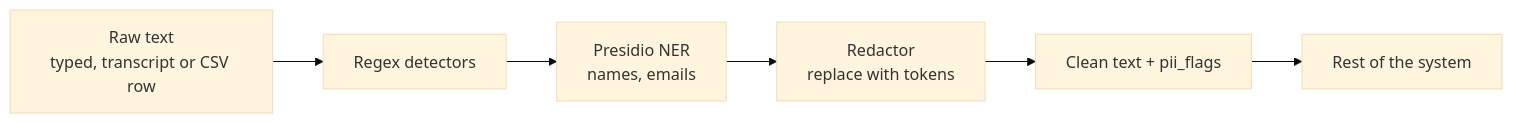
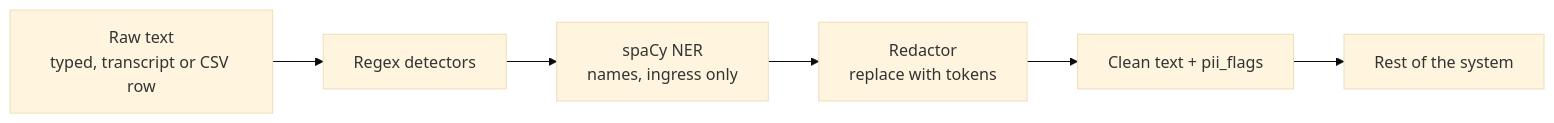
Before and after one commit to ShaguftaMethwani/support-desk: the fourth of 13 diagrams in docs/architecture.md, drawn with Mermaid (base theme). The commit also changed other lines of this file and 38 other files, not shown here.

````diff
--- a/docs/architecture.md
+++ b/docs/architecture.md
@@ -230,8 +230,8 @@
 ```mermaid
 flowchart LR
     IN[Raw text<br/>typed, transcript or CSV row] --> RX[Regex detectors]
-    RX --> PRE[Presidio NER<br/>names, emails]
+    RX --> PRE[spaCy NER<br/>names, ingress only]
     PRE --> RED[Redactor<br/>replace with tokens]
     RED --> OUT[Clean text + pii_flags]
     OUT --> SYS[Rest of the system]
 ```
````
